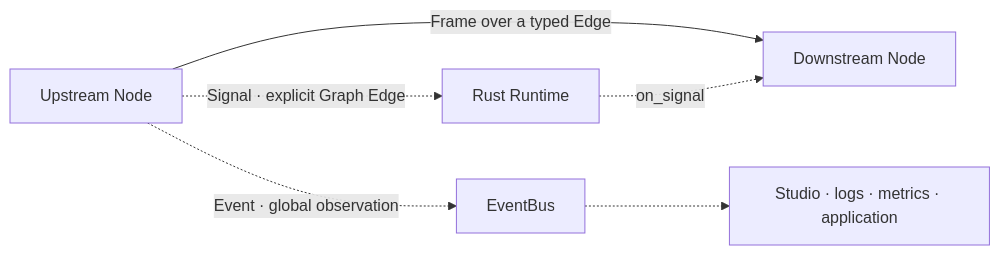
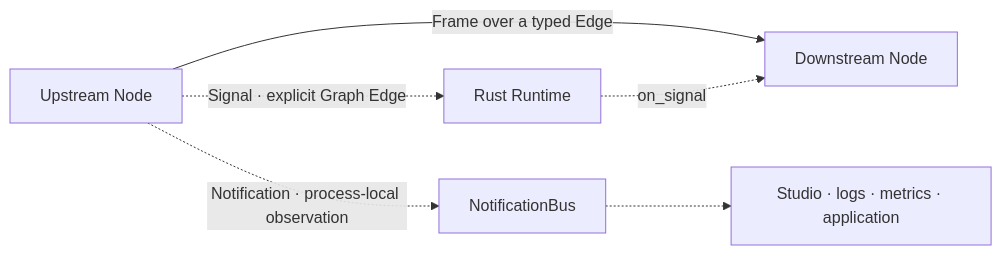
Before and after one commit to PiyotaHu/Voxa: the diagram in docs/site/en/realtime-control.md, drawn with Mermaid. The commit also changed other lines of this file and 91 other files, not shown here.

Commit message:
refactor!: rename EventBus to NotificationBus

````diff
--- a/docs/site/en/realtime-control.md
+++ b/docs/site/en/realtime-control.md
@@ -9,8 +9,8 @@
 ```mermaid
 flowchart LR
     N1["Upstream Node"] -->|"Frame over a typed Edge"| N2["Downstream Node"]
     N1 -.->|"Signal · explicit Graph Edge"| R["Rust Runtime"]
-    N1 -.->|"Event · global observation"| B["EventBus"]
+    N1 -.->|"Notification · process-local observation"| B["NotificationBus"]
     R -.->|"on_signal"| N2
     B -.-> UI["Studio · logs · metrics · application"]
 ```
````
